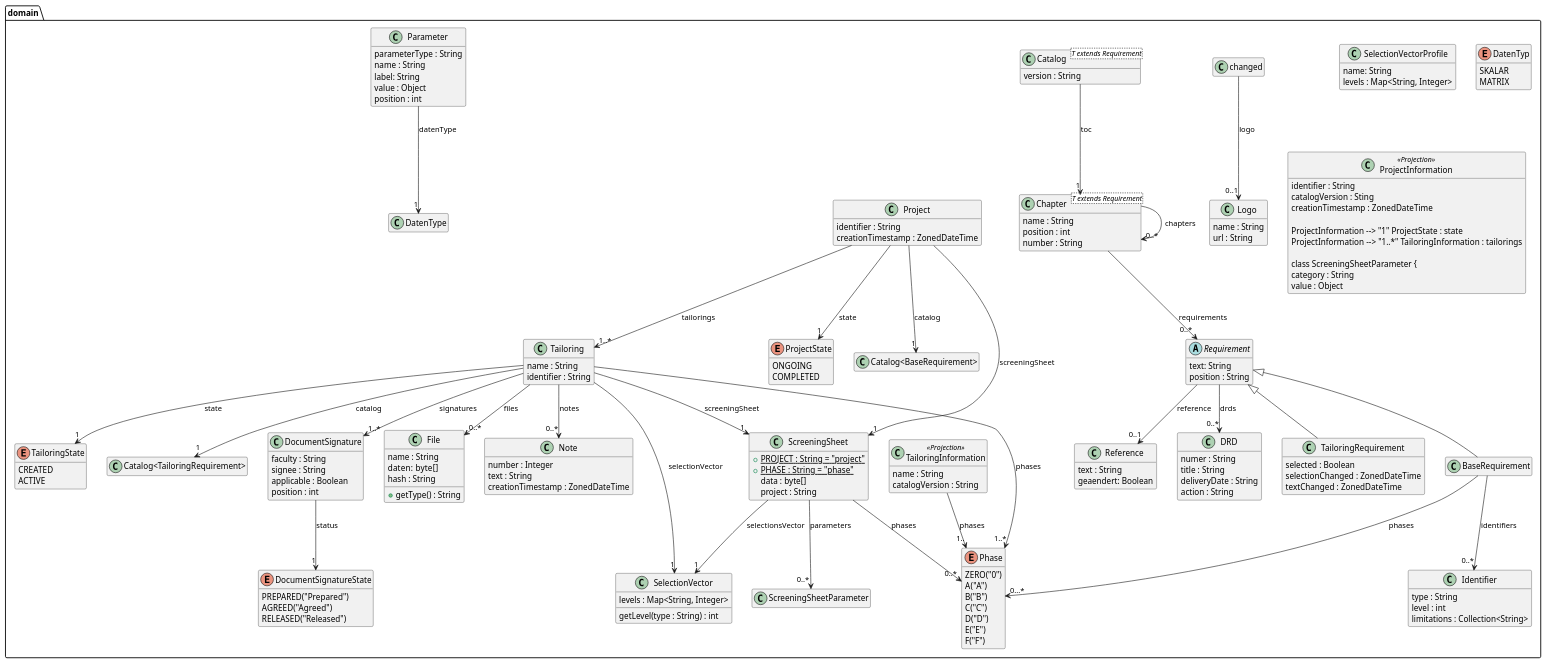
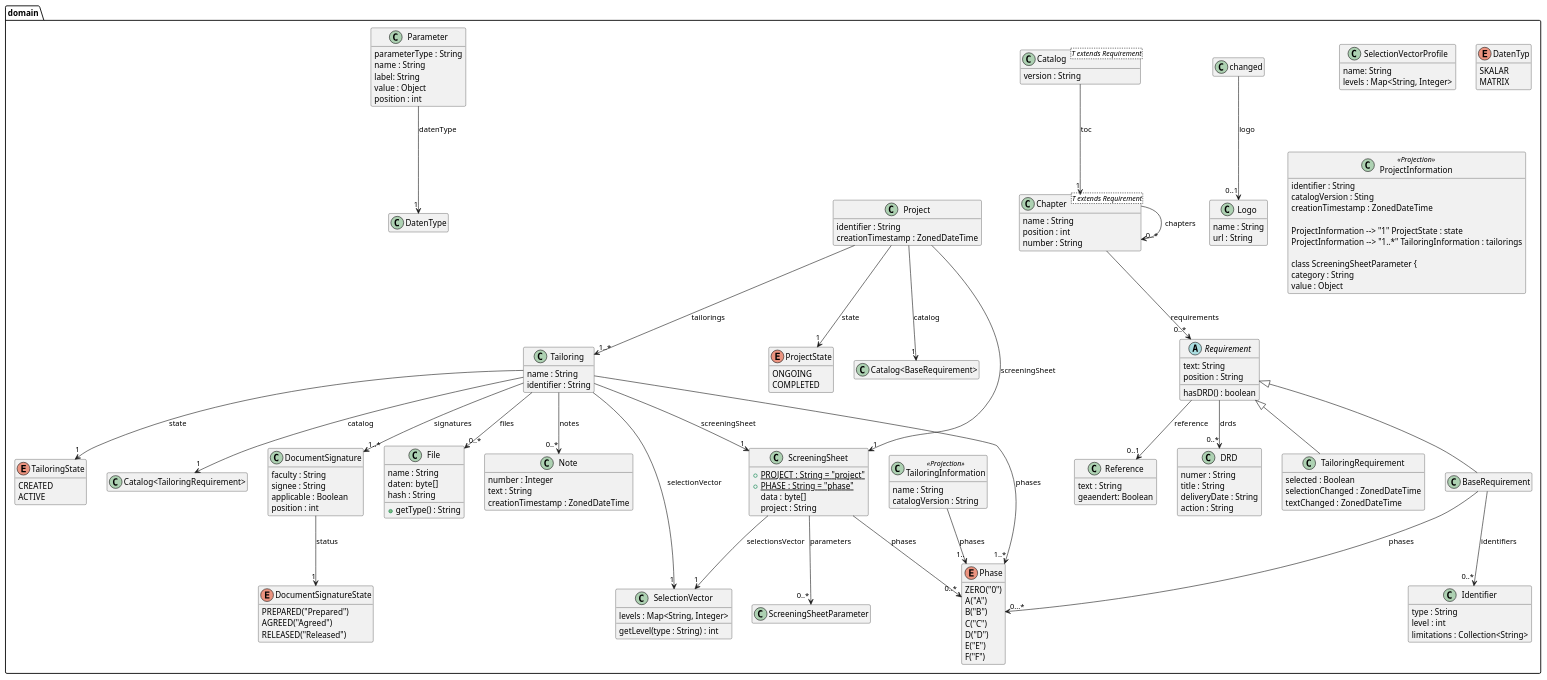
One commit to tailoringexpert/platform changed the diagram in src/site/arc42/plantuml/core/domain/Ebene3.plantuml. Above: the diagram before and after it, drawn with PlantUML. The commit also changed 24 other files, not shown here.

```diff
--- a/src/site/arc42/plantuml/core/domain/Ebene3.plantuml
+++ b/src/site/arc42/plantuml/core/domain/Ebene3.plantuml
@@ -1,188 +1,189 @@
 @startuml Ebene3.png
 skinparam componentStyle uml2
 
 package domain {
 
     class Logo {
         name : String
         url : String
     }
 
     class Reference {
       text : String
       geaendert: Boolean
     }
     changed --> "0..1" Logo : logo
 
     abstract class Requirement{
       text: String
       position : String
+      hasDRD() : boolean
     }
     Requirement --> "0..1" Reference : reference
     Requirement --> "0..*" DRD : drds
 
     class DRD {
         numer : String
         title : String
         deliveryDate : String
         action : String
     }
     class Identifier {
         type : String
         level : int
         limitations : Collection<String>
     }
 
     enum Phase {
         ZERO("0")
         A("A")
         B("B")
         C("C")
         D("D")
         E("E")
         F("F")
     }
 
     class BaseRequirement {
     }
     Requirement <|-- BaseRequirement
     BaseRequirement --> "0..*" Identifier : identifiers
     BaseRequirement --> "0...*" Phase : phases
 
 
     class Chapter<T extends Requirement> {
         name : String
         position : int
         number : String
     }
     Chapter --> "0..*" Chapter : chapters
     Chapter --> "0..*" Requirement : requirements
 
     class TailoringRequirement {
         selected : Boolean
         selectionChanged : ZonedDateTime
         textChanged : ZonedDateTime
     }
     Requirement <|-- TailoringRequirement
 
     class Catalog<T extends Requirement> {
         version : String
     }
     Catalog --> "1" Chapter : toc
 
 
     class SelectionVector {
         levels : Map<String, Integer>
         getLevel(type : String) : int
     }
 
     class SelectionVectorProfile {
         name: String
         levels : Map<String, Integer>
     }
 
     class ScreeningSheet {
         +{static} PROJECT : String = "project"
         +{static} PHASE : String = "phase"
         data : byte[]
         project : String
     }
     ScreeningSheet --> "1" SelectionVector : selectionsVector
     ScreeningSheet -->  "0..*" ScreeningSheetParameter : parameters
     ScreeningSheet -->  "0..*" Phase : phases
 
     class File {
         name : String
         daten:  byte[]
         hash : String
         +getType() : String
     }
 
     class Note {
         number : Integer
         text : String
         creationTimestamp : ZonedDateTime
     }
 
     enum TailoringState {
         CREATED
         ACTIVE
     }
 
     class Tailoring {
         name : String
         identifier : String
     }
 
     Tailoring --> "1" SelectionVector : selectionVector
     Tailoring --> "1" ScreeningSheet : screeningSheet
     Tailoring --> "1..*" Phase : phases
     Tailoring --> "1" "Catalog<TailoringRequirement>" : catalog
     Tailoring --> "1" TailoringState : state
     Tailoring --> "0..*" File : files
     Tailoring --> "1..*" DocumentSignature : signatures
     Tailoring --> "0..*" Note : notes
 
     enum ProjectState {
         ONGOING
         COMPLETED
     }
 
     class Project {
         identifier : String
         creationTimestamp : ZonedDateTime
     }
     Project --> "1" ProjectState : state
     Project --> "1..*" Tailoring : tailorings
     Project --> "1" ScreeningSheet : screeningSheet
     Project --> "1" "Catalog<BaseRequirement>" : catalog
 
     enum DatenTyp {
         SKALAR
         MATRIX
     }
 
     class Parameter {
         parameterType : String
         name : String
         label: String
         value : Object
         position : int
     }
     Parameter --> "1" DatenType : datenType
 
     enum DocumentSignatureState {
         PREPARED("Prepared")
         AGREED("Agreed")
         RELEASED("Released")
     }
 
     class DocumentSignature {
         faculty : String
         signee : String
         applicable : Boolean
         position : int
     }
     DocumentSignature --> "1" DocumentSignatureState : status
 
     class TailoringInformation<<Projection>> {
         name : String
         catalogVersion : String
     }
     TailoringInformation --> "1.." Phase : phases
 
     class ProjectInformation<<Projection>> {
         identifier : String
         catalogVersion : Sting
         creationTimestamp : ZonedDateTime
 
     ProjectInformation --> "1" ProjectState : state
     ProjectInformation --> "1..*" TailoringInformation : tailorings
 
     class ScreeningSheetParameter {
         category : String
         value : Object
     }
 }
 hide empty members
 @enduml
```
